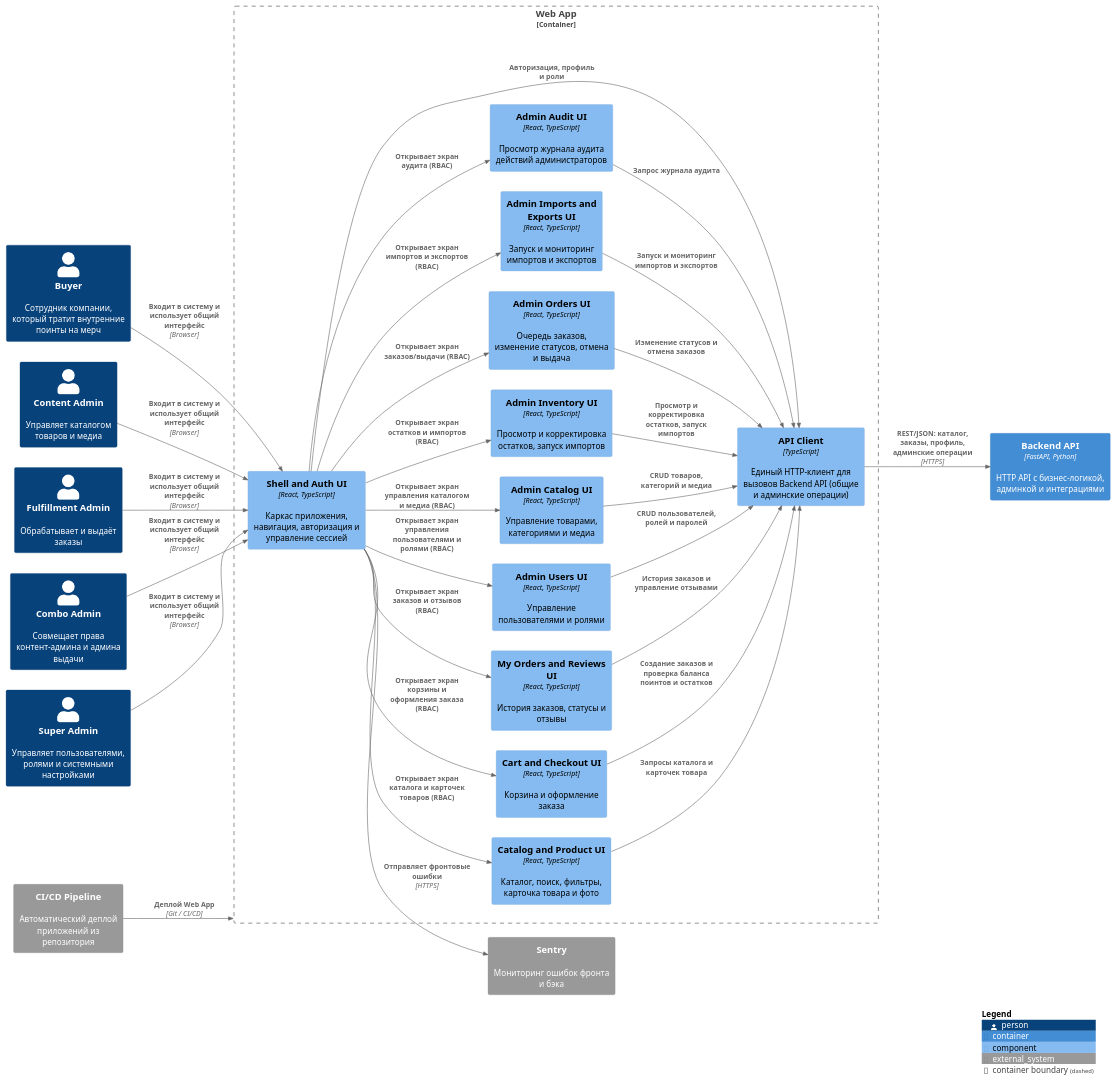
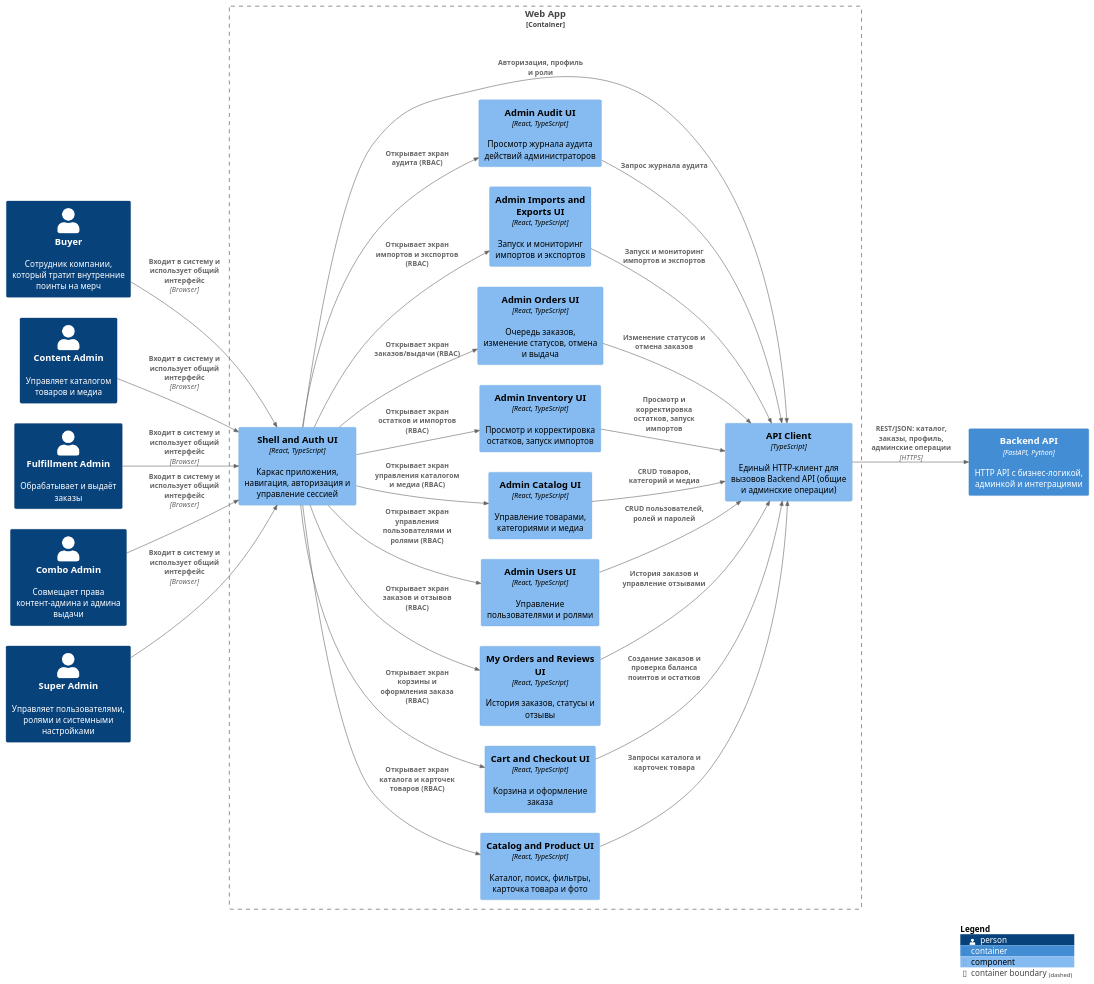
One commit to saurusel/PAPS_labs_MAOlenin changed the diagram in Lab Work № 2/PlantUML/c4_components_frontend.puml. Above: the diagram before and after it, drawn with PlantUML. The commit also changed 3 other files, not shown here.

Commit message:
fix(c4): apply reviewer feedback to PlantUML diagrams

```diff
--- a/Lab Work № 2/PlantUML/c4_components_frontend.puml
+++ b/Lab Work № 2/PlantUML/c4_components_frontend.puml
@@ -1,65 +1,61 @@
 @startuml C4_Components_Frontend
 !includeurl https://raw.githubusercontent.com/plantuml-stdlib/C4-PlantUML/master/C4_Component.puml
 
 LAYOUT_LEFT_RIGHT()
 
 Person(buyer, "Buyer", "Сотрудник компании, который тратит внутренние поинты на мерч")
 Person(content_admin, "Content Admin", "Управляет каталогом товаров и медиа")
 Person(fulfillment_admin, "Fulfillment Admin", "Обрабатывает и выдаёт заказы")
 Person(combo_admin, "Combo Admin", "Совмещает права контент-админа и админа выдачи")
 Person(super_admin, "Super Admin", "Управляет пользователями, ролями и системными настройками")
 
 Container(api_app, "Backend API", "FastAPI, Python", "HTTP API с бизнес-логикой, админкой и интеграциями")
 
-System_Ext(sentry, "Sentry", "Мониторинг ошибок фронта и бэка")
-System_Ext(ci_cd, "CI/CD Pipeline", "Автоматический деплой приложений из репозитория")
-
 Container_Boundary(web_app, "Web App") {
     Component(shell_ui, "Shell and Auth UI", "React, TypeScript", "Каркас приложения, навигация, авторизация и управление сессией")
     Component(catalog_ui, "Catalog and Product UI", "React, TypeScript", "Каталог, поиск, фильтры, карточка товара и фото")
     Component(cart_ui, "Cart and Checkout UI", "React, TypeScript", "Корзина и оформление заказа")
     Component(orders_ui, "My Orders and Reviews UI", "React, TypeScript", "История заказов, статусы и отзывы")
-    
+
     Component(admin_users_ui, "Admin Users UI", "React, TypeScript", "Управление пользователями и ролями")
     Component(admin_catalog_ui, "Admin Catalog UI", "React, TypeScript", "Управление товарами, категориями и медиа")
     Component(admin_inventory_ui, "Admin Inventory UI", "React, TypeScript", "Просмотр и корректировка остатков, запуск импортов")
     Component(admin_orders_ui, "Admin Orders UI", "React, TypeScript", "Очередь заказов, изменение статусов, отмена и выдача")
     Component(admin_imports_exports_ui, "Admin Imports and Exports UI", "React, TypeScript", "Запуск и мониторинг импортов и экспортов")
     Component(admin_audit_ui, "Admin Audit UI", "React, TypeScript", "Просмотр журнала аудита действий администраторов")
+
     Component(api_client, "API Client", "TypeScript", "Единый HTTP-клиент для вызовов Backend API (общие и админские операции)")
 }
 
 Rel(buyer, shell_ui, "Входит в систему и использует общий интерфейс", "Browser")
 Rel(content_admin, shell_ui, "Входит в систему и использует общий интерфейс", "Browser")
 Rel(fulfillment_admin, shell_ui, "Входит в систему и использует общий интерфейс", "Browser")
 Rel(combo_admin, shell_ui, "Входит в систему и использует общий интерфейс", "Browser")
 Rel(super_admin, shell_ui, "Входит в систему и использует общий интерфейс", "Browser")
 
 Rel(shell_ui, catalog_ui, "Открывает экран каталога и карточек товаров (RBAC)")
 Rel(shell_ui, cart_ui, "Открывает экран корзины и оформления заказа (RBAC)")
 Rel(shell_ui, orders_ui, "Открывает экран заказов и отзывов (RBAC)")
+
 Rel(shell_ui, admin_users_ui, "Открывает экран управления пользователями и ролями (RBAC)")
 Rel(shell_ui, admin_catalog_ui, "Открывает экран управления каталогом и медиа (RBAC)")
 Rel(shell_ui, admin_inventory_ui, "Открывает экран остатков и импортов (RBAC)")
 Rel(shell_ui, admin_orders_ui, "Открывает экран заказов/выдачи (RBAC)")
 Rel(shell_ui, admin_imports_exports_ui, "Открывает экран импортов и экспортов (RBAC)")
 Rel(shell_ui, admin_audit_ui, "Открывает экран аудита (RBAC)")
 
 Rel(shell_ui, api_client, "Авторизация, профиль и роли")
 Rel(catalog_ui, api_client, "Запросы каталога и карточек товара")
 Rel(cart_ui, api_client, "Создание заказов и проверка баланса поинтов и остатков")
 Rel(orders_ui, api_client, "История заказов и управление отзывами")
 Rel(admin_users_ui, api_client, "CRUD пользователей, ролей и паролей")
 Rel(admin_catalog_ui, api_client, "CRUD товаров, категорий и медиа")
 Rel(admin_inventory_ui, api_client, "Просмотр и корректировка остатков, запуск импортов")
 Rel(admin_orders_ui, api_client, "Изменение статусов и отмена заказов")
 Rel(admin_imports_exports_ui, api_client, "Запуск и мониторинг импортов и экспортов")
 Rel(admin_audit_ui, api_client, "Запрос журнала аудита")
 
 Rel(api_client, api_app, "REST/JSON: каталог, заказы, профиль, админские операции", "HTTPS")
 
-Rel(shell_ui, sentry, "Отправляет фронтовые ошибки", "HTTPS")
-Rel(ci_cd, web_app, "Деплой Web App", "Git / CI/CD")
-
 SHOW_LEGEND()
 @enduml
```
